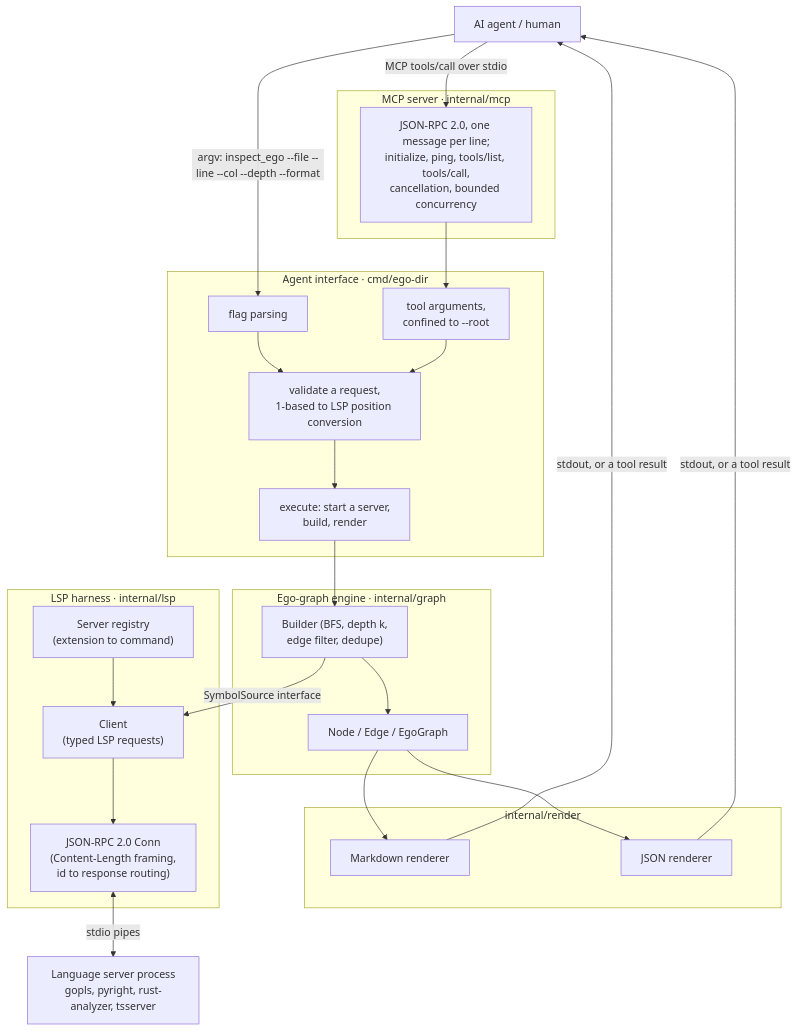
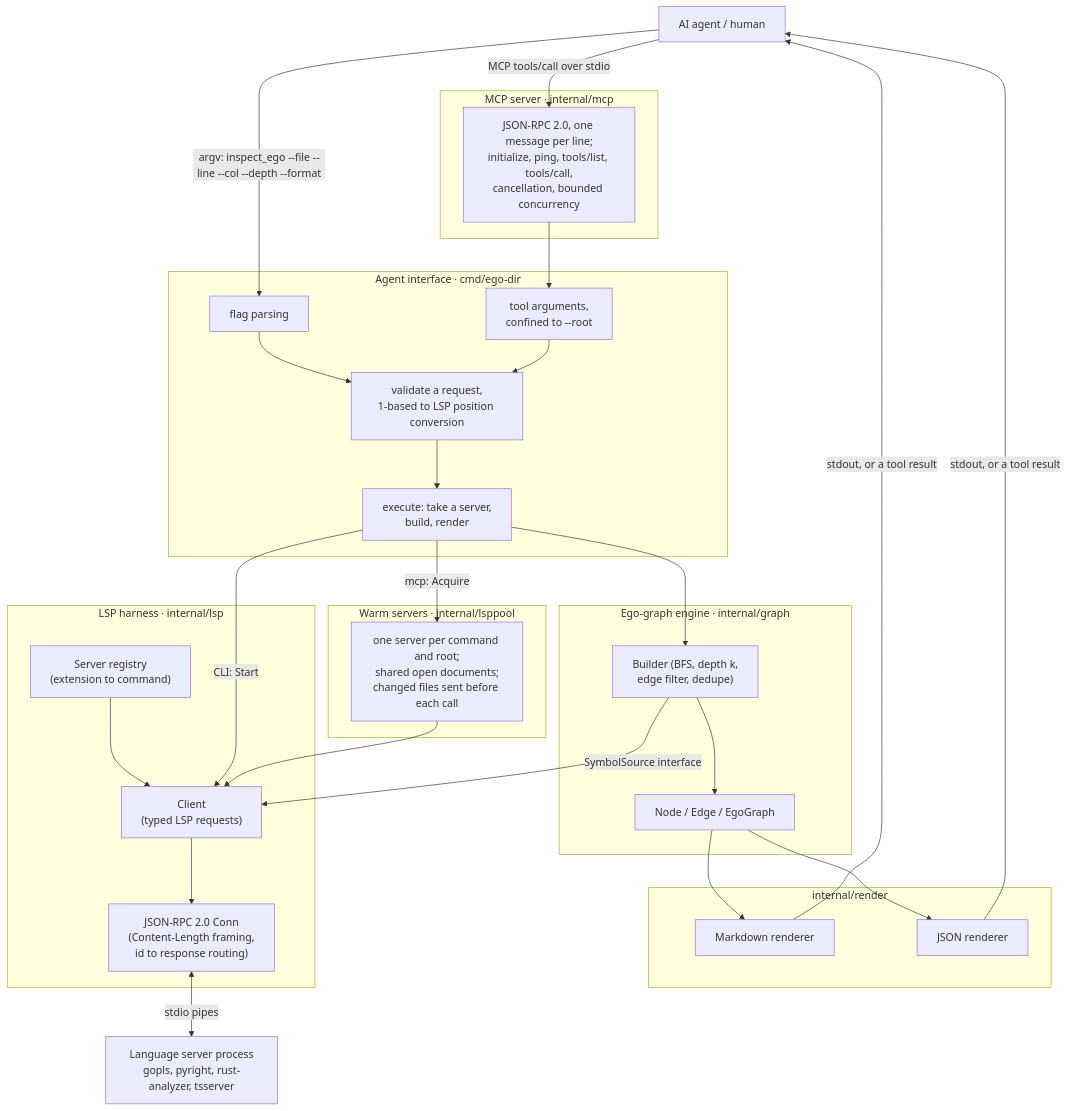
One commit to Duara-Cortex/ego-dir changed the first of 3 diagrams in docs/ARCHITECTURE.md. Above: the diagram before and after it, drawn with Mermaid. The commit also changed other lines of this file and 25 other files, not shown here.

First line of the commit message:
feat: Keep language servers warm in MCP mode

````diff
--- a/docs/ARCHITECTURE.md
+++ b/docs/ARCHITECTURE.md
@@ -5,44 +5,51 @@
 ```mermaid
 flowchart TB
     Agent["AI agent / human"] -->|"argv: inspect_ego --file --line --col --depth --format"| CLI
     Agent -->|"MCP tools/call over stdio"| MCP
 
     subgraph Protocol["MCP server · internal/mcp"]
         MCP["JSON-RPC 2.0, one message per line;<br/>initialize, ping, tools/list, tools/call,<br/>cancellation, bounded concurrency"]
     end
 
     subgraph Interface["Agent interface · cmd/ego-dir"]
         CLI["flag parsing"]
         Tools["tool arguments,<br/>confined to --root"]
         Validate["validate a request,<br/>1-based to LSP position conversion"]
-        Execute["execute: start a server,<br/>build, render"]
+        Execute["execute: take a server,<br/>build, render"]
         CLI --> Validate
         Tools --> Validate
         Validate --> Execute
     end
     MCP --> Tools
 
     subgraph Engine["Ego-graph engine · internal/graph"]
         Builder["Builder (BFS, depth k,<br/>edge filter, dedupe)"]
         Model["Node / Edge / EgoGraph"]
         Builder --> Model
     end
 
     subgraph Render["internal/render"]
         MD["Markdown renderer"]
         JSON["JSON renderer"]
     end
 
     subgraph Harness["LSP harness · internal/lsp"]
         Registry["Server registry<br/>(extension to command)"]
         Client["Client<br/>(typed LSP requests)"]
         Conn["JSON-RPC 2.0 Conn<br/>(Content-Length framing,<br/>id to response routing)"]
         Registry --> Client --> Conn
     end
 
+    subgraph Pool["Warm servers · internal/lsppool"]
+        Pooled["one server per command and root;<br/>shared open documents;<br/>changed files sent before each call"]
+    end
+
     Execute --> Builder
+    Execute -->|"mcp: Acquire"| Pooled
+    Execute -->|"CLI: Start"| Client
+    Pooled --> Client
     Builder -->|"SymbolSource interface"| Client
     Model --> MD & JSON
     MD & JSON -->|"stdout, or a tool result"| Agent
     Conn <-->|"stdio pipes"| LS["Language server process<br/>gopls, pyright, rust-analyzer, tsserver"]
 ```
````
